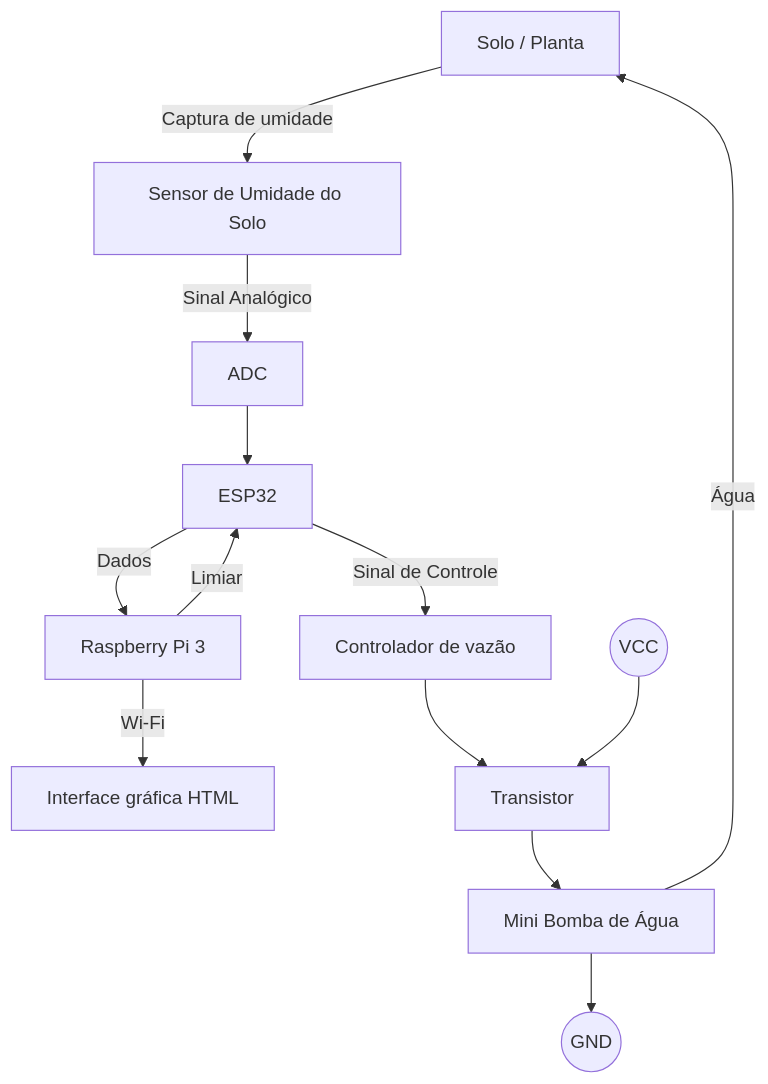
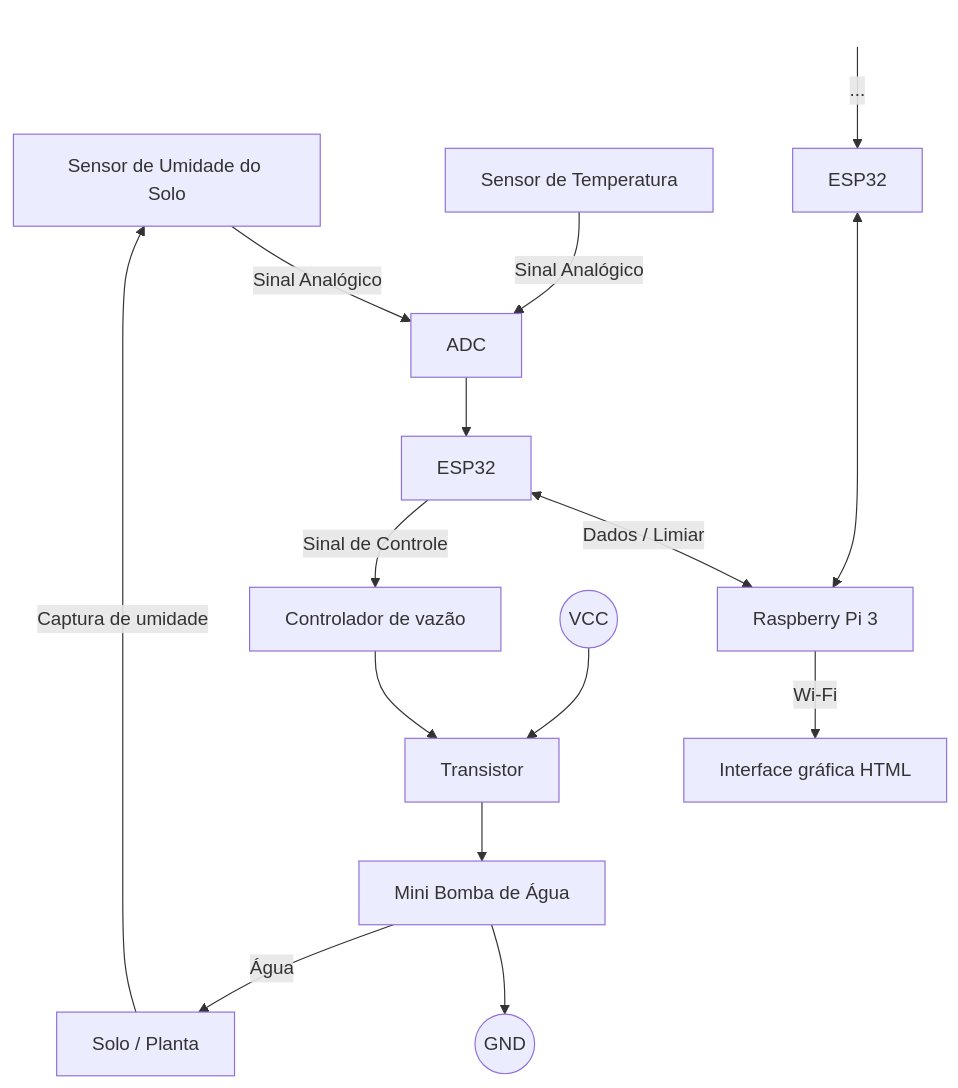
One commit to rosavinicius/PCS3732-GrupoK-Projeto- changed the first of 2 diagrams in README.md. Above: the diagram before and after it, drawn with Mermaid. The commit also changed other lines of this file, not shown here.

````diff
--- a/README.md
+++ b/README.md
@@ -60,16 +60,18 @@
 ```mermaid
 graph TD
-    Subgraph1[Solo / Planta]
-    Sensor[Sensor de Umidade do Solo] -->|Sinal Analógico| ADC[ADC]
+    Umidade[Sensor de Umidade do Solo] -->|Sinal Analógico| ADC[ADC]
+    Temperatura[Sensor de Temperatura] -->|Sinal Analógico| ADC[ADC]
     ADC --> ESP[ESP32]
-    ESP --> |Dados| Raspberry[Raspberry Pi 3]
-    Raspberry --> |Limiar| ESP
+    ESP <--> |Dados / Limiar| Raspberry[Raspberry Pi 3]
     Raspberry --> |Wi-Fi| HTML[Interface gráfica HTML]
     ESP -->|Sinal de Controle| Controller[Controlador de vazão]
     Controller --> Transistor[Transistor]
     VCC((VCC)) --> Transistor
     Transistor --> Pump[Mini Bomba de Água]
     Pump --> GND((GND))
-    Pump -->|Água| Subgraph1
-    Subgraph1 -->|Captura de umidade| Sensor
+    Pump -->|Água| Solo[Solo / Planta]
+    Solo -->|Captura de umidade| Umidade
+    ESP2[ESP32] <----> Raspberry
+    invisivel[" "] --> |...| ESP2
+    style invisivel fill:none,stroke:none,color:none;
 ```
````
